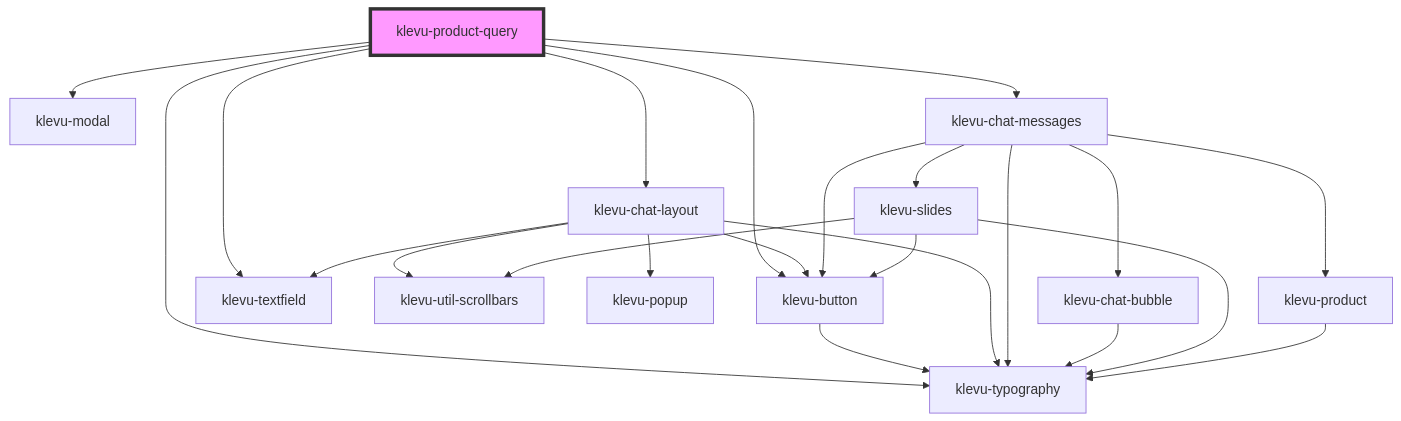
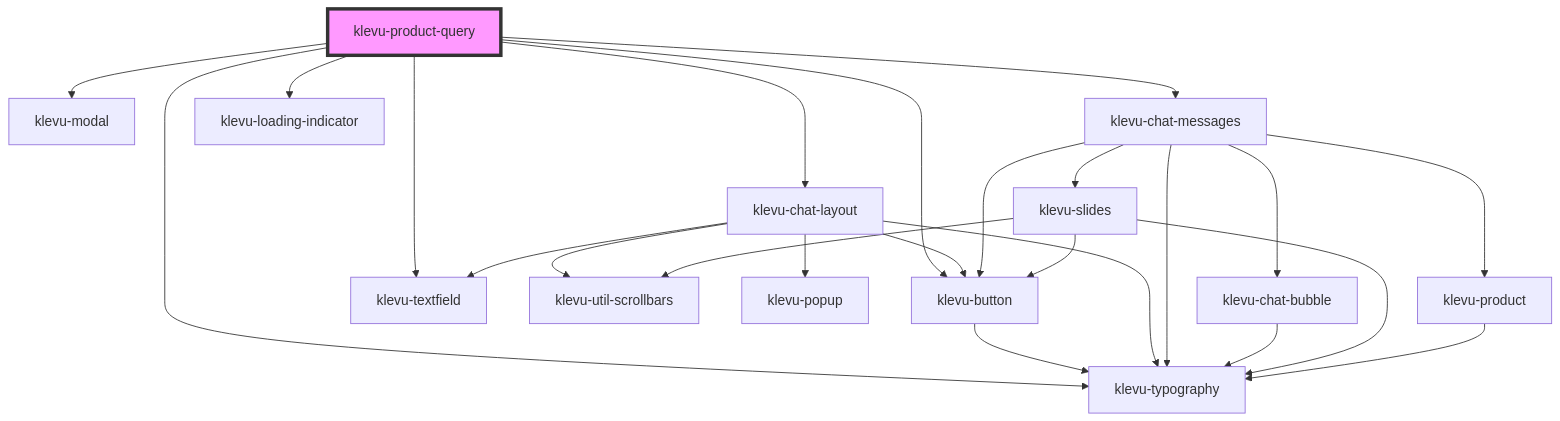
One commit to klevultd/frontend-sdk changed the diagram in packages/klevu-ui/src/components/klevu-product-query/readme.md. Above: the diagram before and after it, drawn with Mermaid. The commit also changed other lines of this file and 12 other files, not shown here.

````diff
--- a/packages/klevu-ui/src/components/klevu-product-query/readme.md
+++ b/packages/klevu-ui/src/components/klevu-product-query/readme.md
@@ -34,26 +35,27 @@
 ```mermaid
 graph TD;
   klevu-product-query --> klevu-button
   klevu-product-query --> klevu-modal
   klevu-product-query --> klevu-typography
   klevu-product-query --> klevu-chat-layout
   klevu-product-query --> klevu-chat-messages
+  klevu-product-query --> klevu-loading-indicator
   klevu-product-query --> klevu-textfield
   klevu-button --> klevu-typography
   klevu-chat-layout --> klevu-typography
   klevu-chat-layout --> klevu-button
   klevu-chat-layout --> klevu-util-scrollbars
   klevu-chat-layout --> klevu-popup
   klevu-chat-layout --> klevu-textfield
   klevu-chat-messages --> klevu-chat-bubble
   klevu-chat-messages --> klevu-typography
   klevu-chat-messages --> klevu-button
   klevu-chat-messages --> klevu-slides
   klevu-chat-messages --> klevu-product
   klevu-chat-bubble --> klevu-typography
   klevu-slides --> klevu-typography
   klevu-slides --> klevu-button
   klevu-slides --> klevu-util-scrollbars
   klevu-product --> klevu-typography
   style klevu-product-query fill:#f9f,stroke:#333,stroke-width:4px
 ```
````
